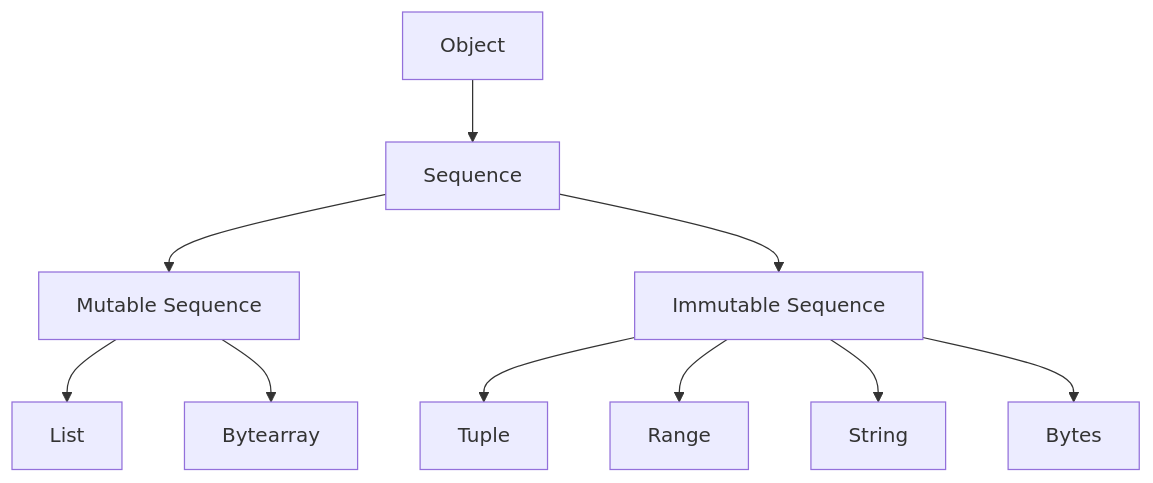
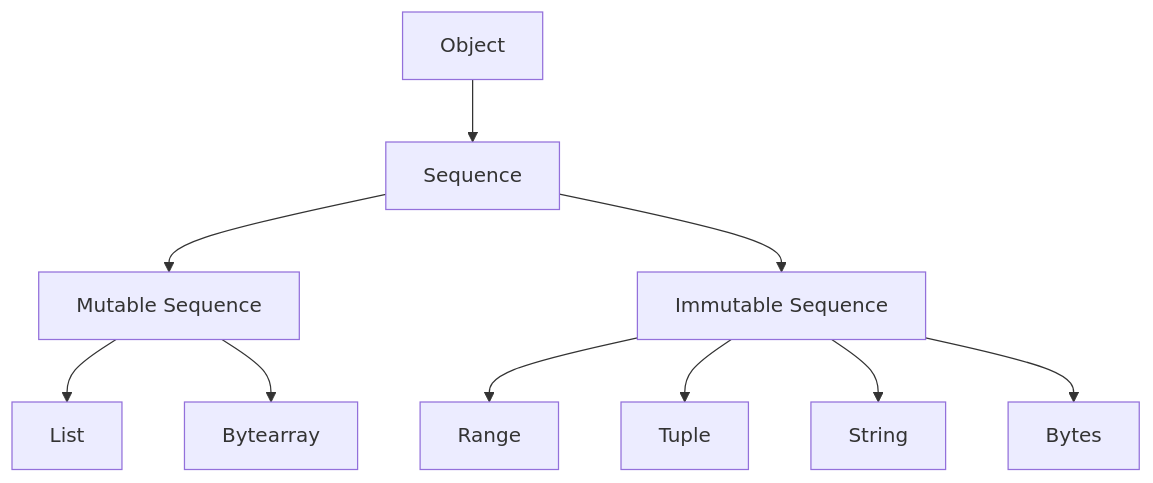
Before and after one commit to hanoufalmogri/python: the diagram in book/06_sequences.qmd, drawn with Mermaid. The commit also changed other lines of this file, not shown here.

````diff
--- a/book/06_sequences.qmd
+++ b/book/06_sequences.qmd
@@ -8,16 +18,18 @@
 ```{mermaid}
+%% | fig-cap: شجرة المتتاليات في بايثون توضح اشتراك القوائم والجموع والسلاسل النصية في كونها متتاليات.
+%% | label: fig-sequences-tree
 graph TD
     A[Object]
 
     A --> A3[Sequence]
     A3 --> A321[Mutable Sequence]
     A3 --> A322[Immutable Sequence]
     
     A321 --> A3211[List]
     A321 --> A3212[Bytearray]
     
+    A322 --> A3222[Range]
     A322 --> A3221[Tuple]
-    A322 --> A3222[Range]
     A322 --> A3223[String]
     A322 --> A3224[Bytes]
 ```
````
